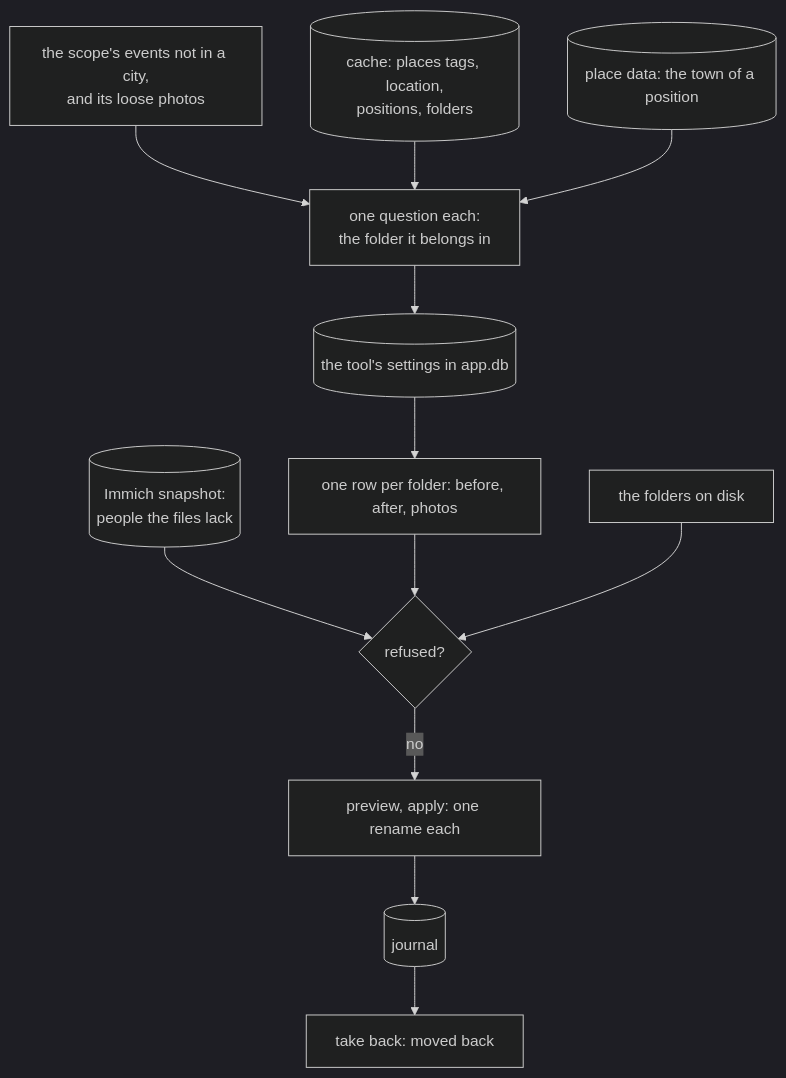
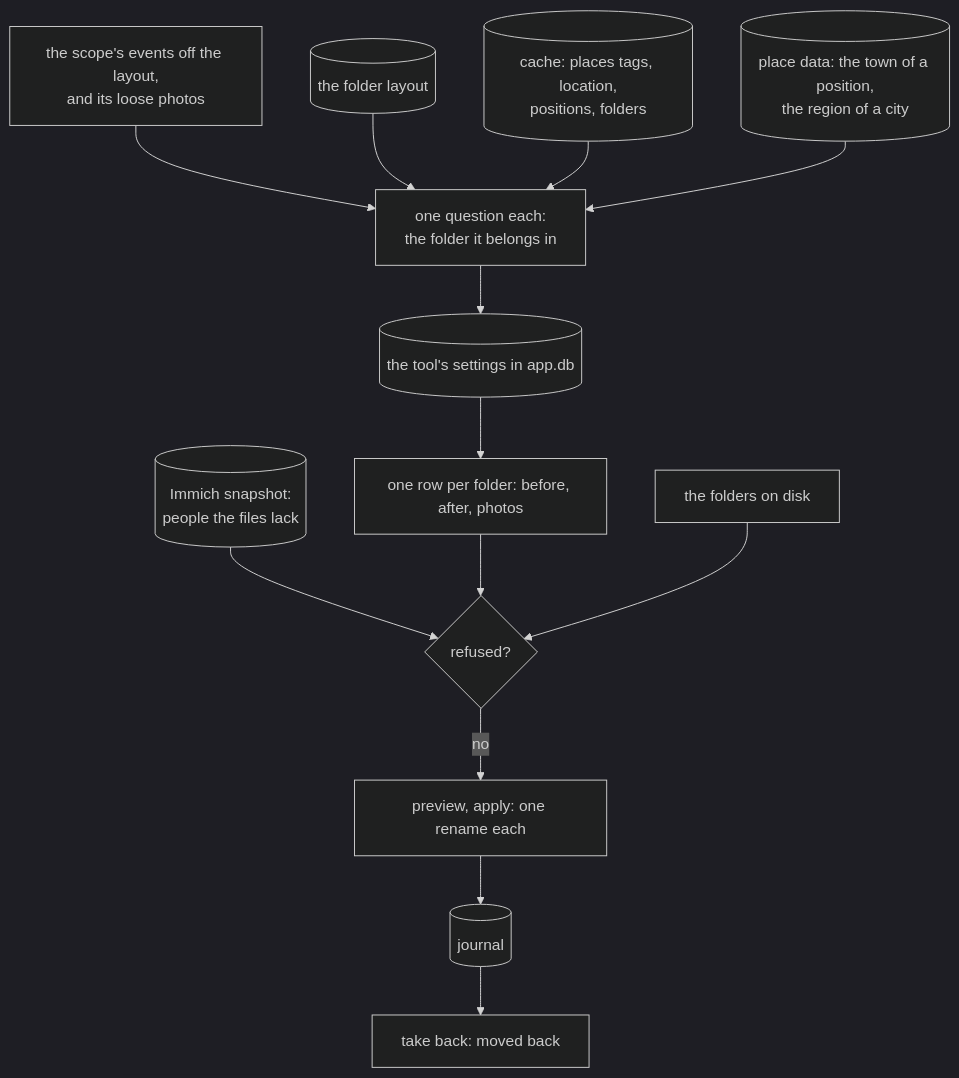
One commit to xuedi/photoManager changed the sixth of 6 diagrams in docs/tools.md. Above: the diagram before and after it, drawn with Mermaid (dark theme). The commit also changed other lines of this file and 5 other files, not shown here.

Commit message:
write down the folder layout

````diff
--- a/docs/tools.md
+++ b/docs/tools.md
@@ -471,14 +484,15 @@
 ```mermaid
 flowchart TD
-    scope[the scope's events not in a city,<br/>and its loose photos] --> ask[one question each:<br/>the folder it belongs in]
+    scope[the scope's events off the layout,<br/>and its loose photos] --> ask[one question each:<br/>the folder it belongs in]
+    layout[(the folder layout)] --> ask
     cache[(cache: places tags, location,<br/>positions, folders)] --> ask
-    geo[(place data: the town of a position)] --> ask
+    geo[(place data: the town of a position,<br/>the region of a city)] --> ask
     ask --> answers[(the tool's settings in app.db)]
     answers --> set[one row per folder: before, after, photos]
     snap[(Immich snapshot:<br/>people the files lack)] --> gate{refused?}
     set --> gate
     disk[the folders on disk] --> gate
     gate -- no --> preview[preview, apply: one rename each]
     preview --> journal[(journal)]
     journal --> back[take back: moved back]
 ```
````
